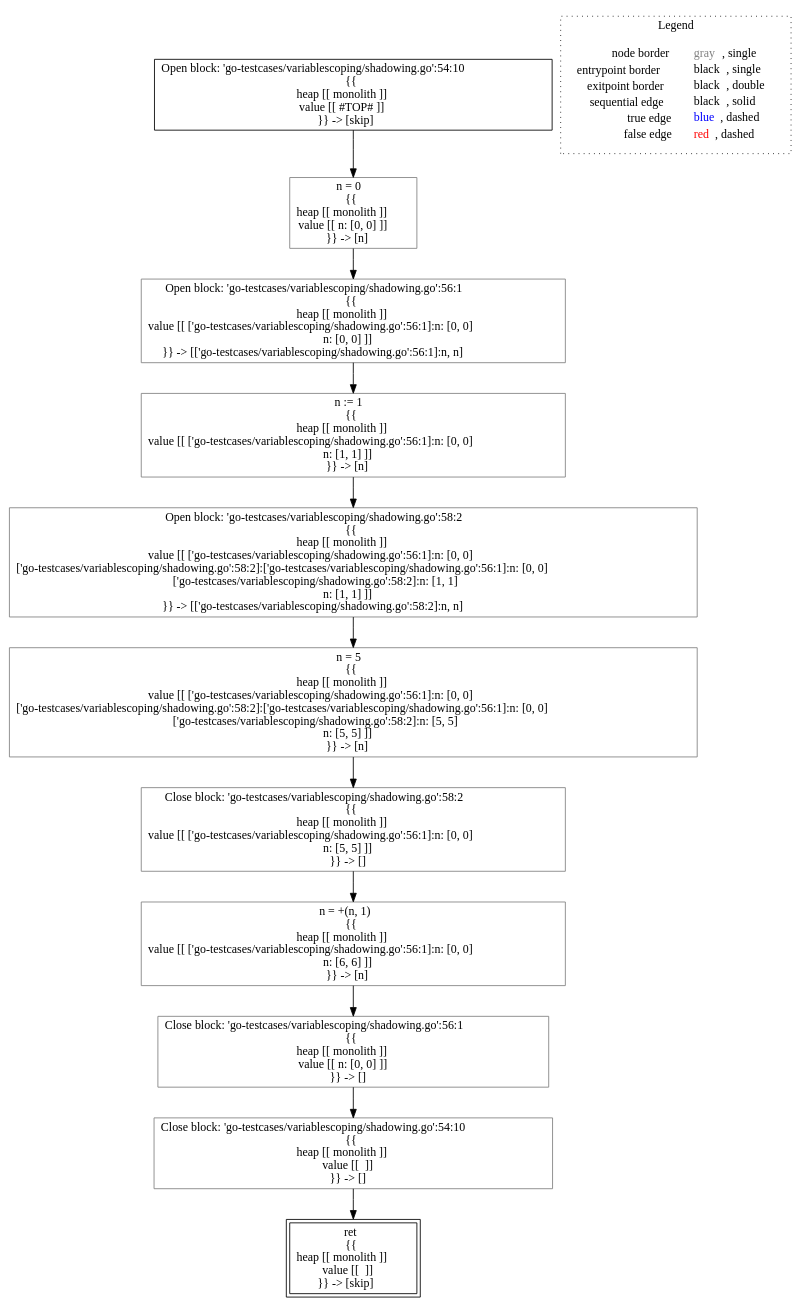
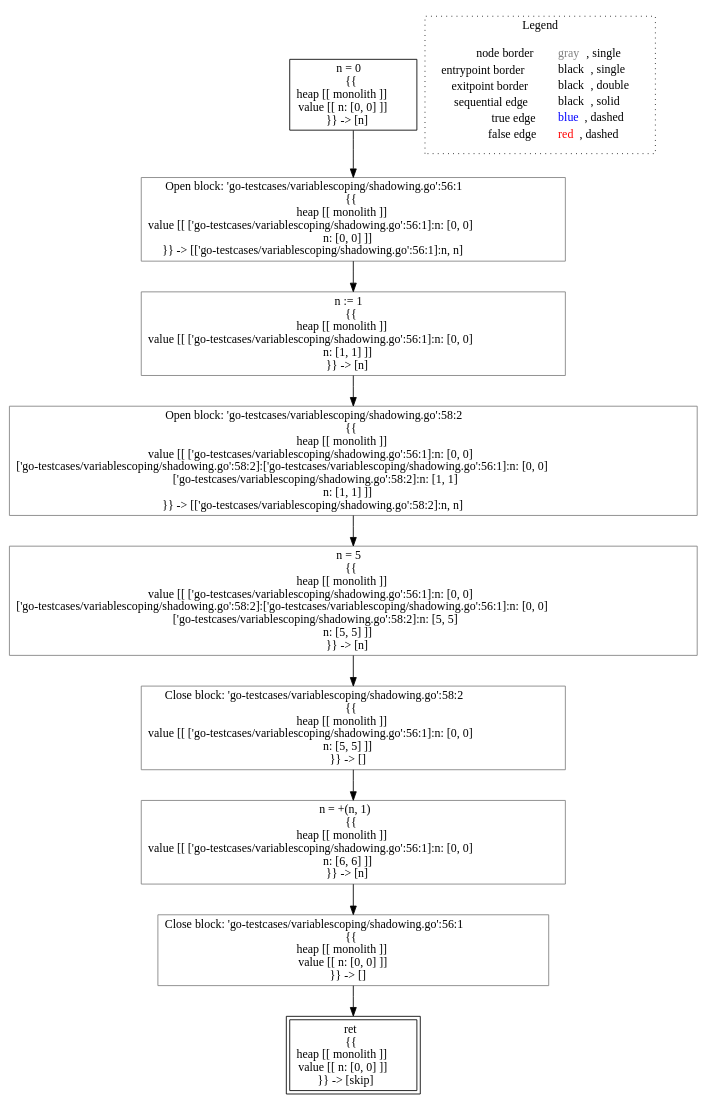
One commit to lisa-analyzer/go-lisa changed the diagram in go-lisa/go-testcases/variablescoping/analysis___untyped_~LiSAProgram.m5().dot. Above: the diagram before and after it, drawn with Graphviz. The commit also changed 8 other files, not shown here.

Commit message:
fixing open and close blocks on functions and methods

```diff
--- a/go-lisa/go-testcases/variablescoping/analysis___untyped_~LiSAProgram.m5().dot
+++ b/go-lisa/go-testcases/variablescoping/analysis___untyped_~LiSAProgram.m5().dot
@@ -1,30 +1,26 @@
 digraph {
-	"node0" [shape="rect",color="black",label=<Open block: 'go-testcases/variablescoping/shadowing.go':54:10<BR/>{{<BR/>heap [[ monolith ]]<BR/>value [[ #TOP# ]]<BR/>}} -&gt; [skip]>];
+	"node0" [shape="rect",color="black",label=<n = 0<BR/>{{<BR/>heap [[ monolith ]]<BR/>value [[ n: [0, 0] ]]<BR/>}} -&gt; [n]>];
 	"node1" [shape="rect",color="gray",label=<Open block: 'go-testcases/variablescoping/shadowing.go':58:2<BR/>{{<BR/>heap [[ monolith ]]<BR/>value [[ ['go-testcases/variablescoping/shadowing.go':56:1]:n: [0, 0]<BR/>['go-testcases/variablescoping/shadowing.go':58:2]:['go-testcases/variablescoping/shadowing.go':56:1]:n: [0, 0]<BR/>['go-testcases/variablescoping/shadowing.go':58:2]:n: [1, 1]<BR/>n: [1, 1] ]]<BR/>}} -&gt; [['go-testcases/variablescoping/shadowing.go':58:2]:n, n]>];
-	"node2" [shape="rect",color="gray",label=<n := 1<BR/>{{<BR/>heap [[ monolith ]]<BR/>value [[ ['go-testcases/variablescoping/shadowing.go':56:1]:n: [0, 0]<BR/>n: [1, 1] ]]<BR/>}} -&gt; [n]>];
-	"node3" [shape="rect",color="gray",label=<Close block: 'go-testcases/variablescoping/shadowing.go':58:2<BR/>{{<BR/>heap [[ monolith ]]<BR/>value [[ ['go-testcases/variablescoping/shadowing.go':56:1]:n: [0, 0]<BR/>n: [5, 5] ]]<BR/>}} -&gt; []>];
-	"node4" [shape="rect",color="gray",label=<n = 0<BR/>{{<BR/>heap [[ monolith ]]<BR/>value [[ n: [0, 0] ]]<BR/>}} -&gt; [n]>];
+	"node2" [shape="rect",color="gray",label=<Close block: 'go-testcases/variablescoping/shadowing.go':58:2<BR/>{{<BR/>heap [[ monolith ]]<BR/>value [[ ['go-testcases/variablescoping/shadowing.go':56:1]:n: [0, 0]<BR/>n: [5, 5] ]]<BR/>}} -&gt; []>];
+	"node3" [shape="rect",color="gray",label=<Close block: 'go-testcases/variablescoping/shadowing.go':56:1<BR/>{{<BR/>heap [[ monolith ]]<BR/>value [[ n: [0, 0] ]]<BR/>}} -&gt; []>];
+	"node4" [shape="rect",color="black",peripheries="2",label=<ret<BR/>{{<BR/>heap [[ monolith ]]<BR/>value [[ n: [0, 0] ]]<BR/>}} -&gt; [skip]>];
 	"node5" [shape="rect",color="gray",label=<n = +(n, 1)<BR/>{{<BR/>heap [[ monolith ]]<BR/>value [[ ['go-testcases/variablescoping/shadowing.go':56:1]:n: [0, 0]<BR/>n: [6, 6] ]]<BR/>}} -&gt; [n]>];
-	"node6" [shape="rect",color="gray",label=<Close block: 'go-testcases/variablescoping/shadowing.go':56:1<BR/>{{<BR/>heap [[ monolith ]]<BR/>value [[ n: [0, 0] ]]<BR/>}} -&gt; []>];
-	"node7" [shape="rect",color="gray",label=<Close block: 'go-testcases/variablescoping/shadowing.go':54:10<BR/>{{<BR/>heap [[ monolith ]]<BR/>value [[  ]]<BR/>}} -&gt; []>];
-	"node8" [shape="rect",color="black",peripheries="2",label=<ret<BR/>{{<BR/>heap [[ monolith ]]<BR/>value [[  ]]<BR/>}} -&gt; [skip]>];
-	"node9" [shape="rect",color="gray",label=<n = 5<BR/>{{<BR/>heap [[ monolith ]]<BR/>value [[ ['go-testcases/variablescoping/shadowing.go':56:1]:n: [0, 0]<BR/>['go-testcases/variablescoping/shadowing.go':58:2]:['go-testcases/variablescoping/shadowing.go':56:1]:n: [0, 0]<BR/>['go-testcases/variablescoping/shadowing.go':58:2]:n: [5, 5]<BR/>n: [5, 5] ]]<BR/>}} -&gt; [n]>];
-	"node10" [shape="rect",color="gray",label=<Open block: 'go-testcases/variablescoping/shadowing.go':56:1<BR/>{{<BR/>heap [[ monolith ]]<BR/>value [[ ['go-testcases/variablescoping/shadowing.go':56:1]:n: [0, 0]<BR/>n: [0, 0] ]]<BR/>}} -&gt; [['go-testcases/variablescoping/shadowing.go':56:1]:n, n]>];
-	"node1" -> "node9" [color="black"];
-	"node2" -> "node1" [color="black"];
-	"node3" -> "node5" [color="black"];
-	"node4" -> "node10" [color="black"];
-	"node5" -> "node6" [color="black"];
-	"node0" -> "node4" [color="black"];
-	"node6" -> "node7" [color="black"];
+	"node6" [shape="rect",color="gray",label=<n = 5<BR/>{{<BR/>heap [[ monolith ]]<BR/>value [[ ['go-testcases/variablescoping/shadowing.go':56:1]:n: [0, 0]<BR/>['go-testcases/variablescoping/shadowing.go':58:2]:['go-testcases/variablescoping/shadowing.go':56:1]:n: [0, 0]<BR/>['go-testcases/variablescoping/shadowing.go':58:2]:n: [5, 5]<BR/>n: [5, 5] ]]<BR/>}} -&gt; [n]>];
+	"node7" [shape="rect",color="gray",label=<Open block: 'go-testcases/variablescoping/shadowing.go':56:1<BR/>{{<BR/>heap [[ monolith ]]<BR/>value [[ ['go-testcases/variablescoping/shadowing.go':56:1]:n: [0, 0]<BR/>n: [0, 0] ]]<BR/>}} -&gt; [['go-testcases/variablescoping/shadowing.go':56:1]:n, n]>];
+	"node8" [shape="rect",color="gray",label=<n := 1<BR/>{{<BR/>heap [[ monolith ]]<BR/>value [[ ['go-testcases/variablescoping/shadowing.go':56:1]:n: [0, 0]<BR/>n: [1, 1] ]]<BR/>}} -&gt; [n]>];
+	"node1" -> "node6" [color="black"];
+	"node2" -> "node5" [color="black"];
+	"node3" -> "node4" [color="black"];
+	"node5" -> "node3" [color="black"];
+	"node6" -> "node2" [color="black"];
+	"node0" -> "node7" [color="black"];
 	"node7" -> "node8" [color="black"];
-	"node9" -> "node3" [color="black"];
-	"node10" -> "node2" [color="black"];
+	"node8" -> "node1" [color="black"];
 subgraph cluster_legend {
 	label="Legend";
 	style=dotted;
 	node [shape=plaintext];
 	"legend" [label=<<table border="0" cellpadding="2" cellspacing="0" cellborder="0"><tr><td align="right">node border&nbsp;</td><td align="left"><font color="gray">gray</font>, single</td></tr><tr><td align="right">entrypoint border&nbsp;</td><td align="left"><font color="black">black</font>, single</td></tr><tr><td align="right">exitpoint border&nbsp;</td><td align="left"><font color="black">black</font>, double</td></tr><tr><td align="right">sequential edge&nbsp;</td><td align="left"><font color="black">black</font>, solid</td></tr><tr><td align="right">true edge&nbsp;</td><td align="left"><font color="blue">blue</font>, dashed</td></tr><tr><td align="right">false edge&nbsp;</td><td align="left"><font color="red">red</font>, dashed</td></tr></table>>];
 }
 
 }
```
